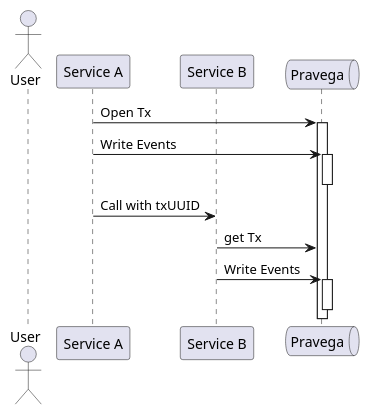
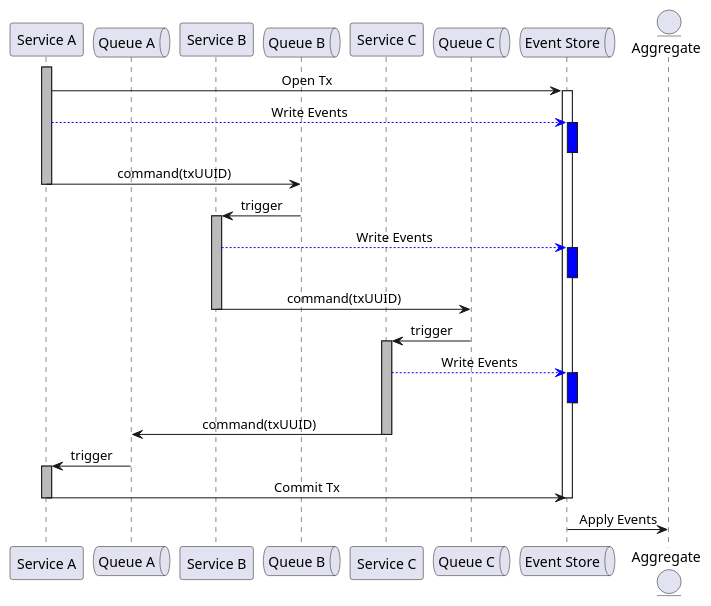
One commit to cheleb/zio-pravega changed the diagram in docs/Use cases/distributed-tx.puml. Above: the diagram before and after it, drawn with PlantUML.

Commit message:
Full sequence

```diff
--- a/docs/Use cases/distributed-tx.puml
+++ b/docs/Use cases/distributed-tx.puml
@@ -1,20 +1,49 @@
 @startuml "Distruted tx"
+skinparam sequenceMessageAlign center
 
-actor User
 participant "Service A" as A
+queue "Queue A" as QueueA
 participant "Service B" as B
-queue "Pravega" as Pravega
+queue "Queue B" as QueueB
+participant "Service C" as C
+queue "Queue C" as QueueC
+queue "Event Store" as EventStore
+
+Entity "Aggregate" as Aggregate
+
+activate A #BBBBBB
+A -> EventStore  : Open Tx
+activate EventStore
+A -[#0000FF]-> EventStore  : Write Events
+activate EventStore #0000FF
+deactivate EventStore
+A -> QueueB  : command(txUUID)
+deactivate A
+
+B <- QueueB  : trigger
+activate B #BBBBBB
+B -[#0000FF]-> EventStore : Write Events
+activate EventStore #0000FF
+deactivate EventStore
+
+B -> QueueC  : command(txUUID)
+deactivate B
+C <- QueueC  : trigger
+activate C #BBBBBB
+C -[#0000FF]-> EventStore : Write Events
+
+activate EventStore #0000FF
+deactivate EventStore
+C -> QueueA  : command(txUUID)
+deactivate C
+A <- QueueA  : trigger
+activate A #BBBBBB
+A -> EventStore : Commit Tx
+
+deactivate EventStore
+deactivate A
+
+EventStore -> Aggregate : Apply Events
 
 
-A -> Pravega  : Open Tx
-activate Pravega
-A -> Pravega  : Write Events
-activate Pravega
-deactivate Pravega
-A -> B  : Call with txUUID
-B -> Pravega : get Tx
-B -> Pravega : Write Events
-activate Pravega
-deactivate Pravega
-
 @enduml
```
